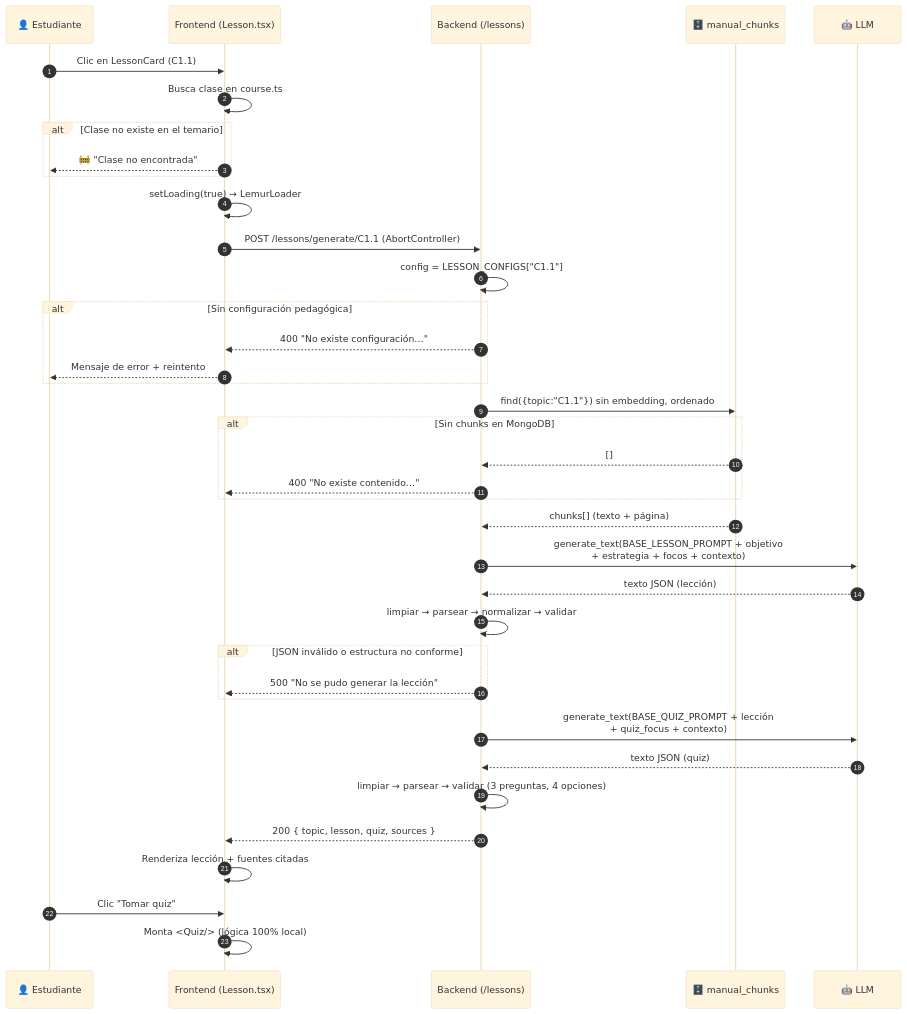
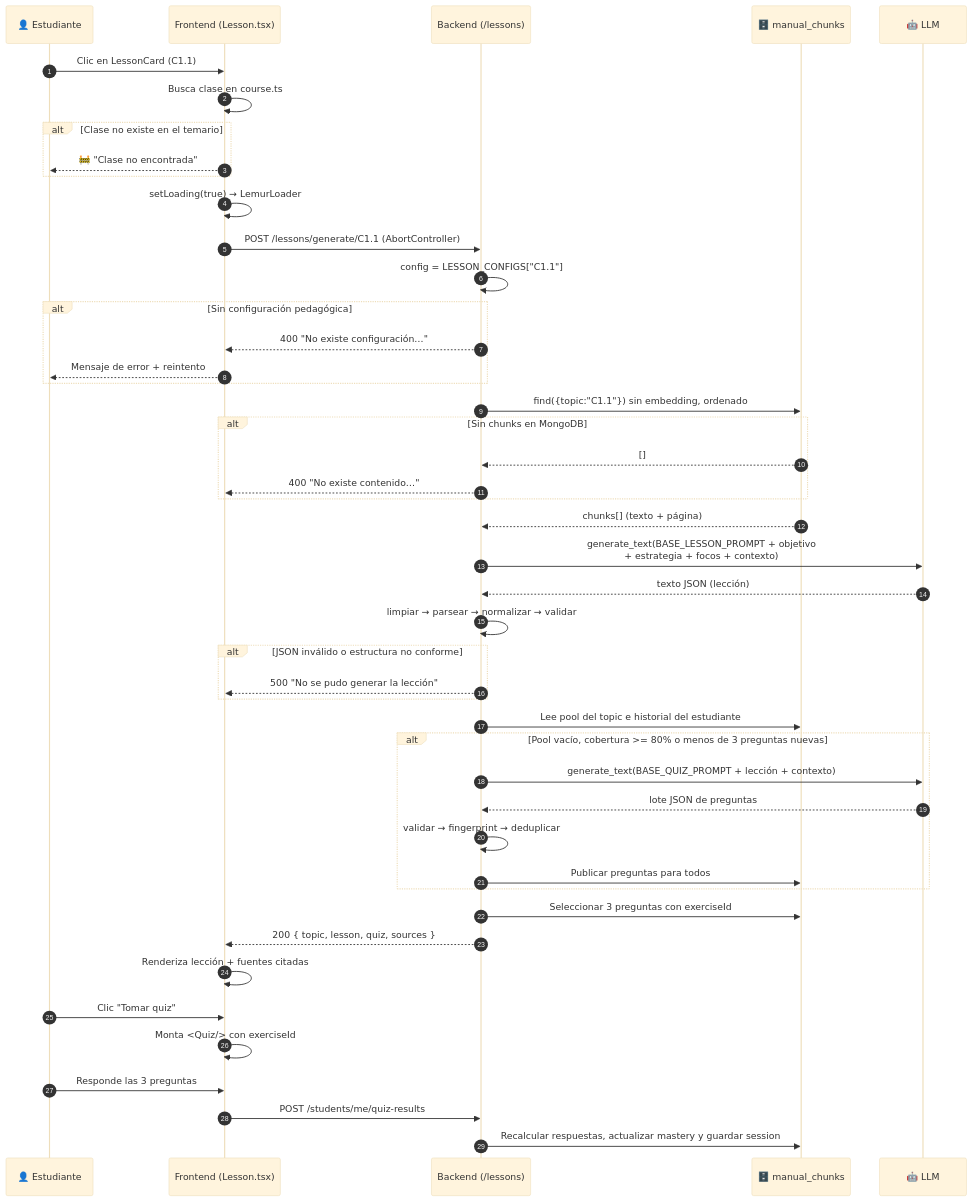
The second of 5 diagrams in docs/07-flujos-end-to-end.md (Lemur-Driver/LemurCopilot), drawn with Mermaid (base theme) before and after one commit. The commit also changed other lines of this file and 11 other files, not shown here.

Commit message:
Pool de preguntas y gestión de generación de nuevos datos.

````diff
--- a/docs/07-flujos-end-to-end.md
+++ b/docs/07-flujos-end-to-end.md
@@ -55,41 +55,49 @@
 ```mermaid
 sequenceDiagram
     autonumber
     participant U as 👤 Estudiante
     participant FE as Frontend (Lesson.tsx)
     participant BE as Backend (/lessons)
     participant DB as 🗄️ manual_chunks
     participant LLM as 🤖 LLM
 
     U->>FE: Clic en LessonCard (C1.1)
     FE->>FE: Busca clase en course.ts
     alt Clase no existe en el temario
         FE-->>U: 🚧 "Clase no encontrada"
     end
     FE->>FE: setLoading(true) → LemurLoader
     FE->>BE: POST /lessons/generate/C1.1 (AbortController)
     BE->>BE: config = LESSON_CONFIGS["C1.1"]
     alt Sin configuración pedagógica
         BE-->>FE: 400 "No existe configuración…"
         FE-->>U: Mensaje de error + reintento
     end
     BE->>DB: find({topic:"C1.1"}) sin embedding, ordenado
     alt Sin chunks en MongoDB
         DB-->>BE: []
         BE-->>FE: 400 "No existe contenido…"
     end
     DB-->>BE: chunks[] (texto + página)
     BE->>LLM: generate_text(BASE_LESSON_PROMPT + objetivo<br/>+ estrategia + focos + contexto)
     LLM-->>BE: texto JSON (lección)
     BE->>BE: limpiar → parsear → normalizar → validar
     alt JSON inválido o estructura no conforme
         BE-->>FE: 500 "No se pudo generar la lección"
     end
-    BE->>LLM: generate_text(BASE_QUIZ_PROMPT + lección<br/>+ quiz_focus + contexto)
-    LLM-->>BE: texto JSON (quiz)
-    BE->>BE: limpiar → parsear → validar (3 preguntas, 4 opciones)
+    BE->>DB: Lee pool del topic e historial del estudiante
+    alt Pool vacío, cobertura >= 80% o menos de 3 preguntas nuevas
+        BE->>LLM: generate_text(BASE_QUIZ_PROMPT + lección + contexto)
+        LLM-->>BE: lote JSON de preguntas
+        BE->>BE: validar → fingerprint → deduplicar
+        BE->>DB: Publicar preguntas para todos
+    end
+    BE->>DB: Seleccionar 3 preguntas con exerciseId
     BE-->>FE: 200 { topic, lesson, quiz, sources }
     FE->>FE: Renderiza lección + fuentes citadas
     U->>FE: Clic "Tomar quiz"
-    FE->>FE: Monta <Quiz/> (lógica 100% local)
+    FE->>FE: Monta <Quiz/> con exerciseId
+    U->>FE: Responde las 3 preguntas
+    FE->>BE: POST /students/me/quiz-results
+    BE->>DB: Recalcular respuestas, actualizar mastery y guardar session
 ```
````
